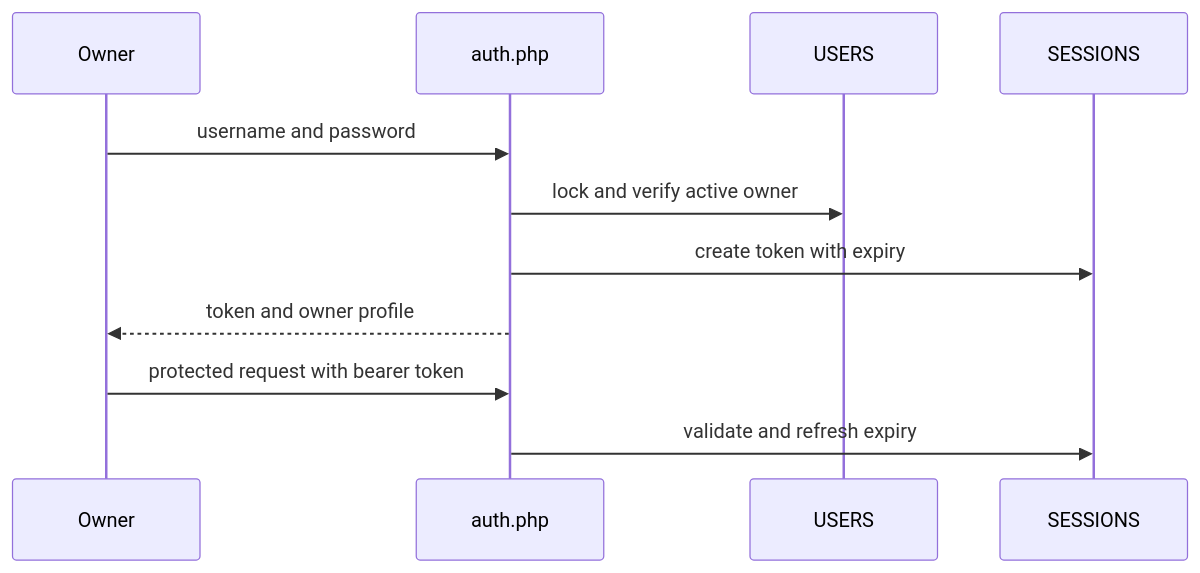
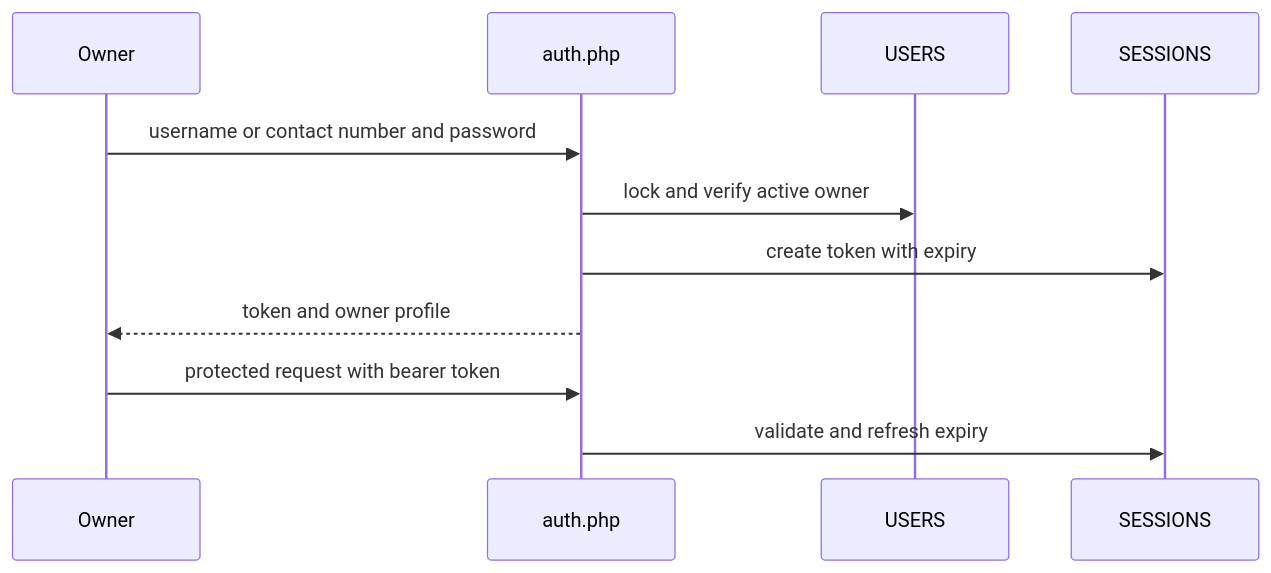
Before and after one commit to danielaplan/Rental-Ops-Manager: the diagram in Understand the System/System Understanding/Workflows/Login and Authentication.md, drawn with Mermaid. The commit also changed other lines of this file and 13 other files, not shown here.

Commit message:
Enhance login functionality to accept username or contact number, update audit history rendering for improved readability, and add tests for new behaviors.

````diff
--- a/Understand the System/System Understanding/Workflows/Login and Authentication.md
+++ b/Understand the System/System Understanding/Workflows/Login and Authentication.md
@@ -44,13 +44,13 @@
 ```mermaid
 sequenceDiagram
   participant O as Owner
   participant A as auth.php
   participant U as USERS
   participant S as SESSIONS
-  O->>A: username and password
+  O->>A: username or contact number and password
   A->>U: lock and verify active owner
   A->>S: create token with expiry
   A-->>O: token and owner profile
   O->>A: protected request with bearer token
   A->>S: validate and refresh expiry
 ```
````
